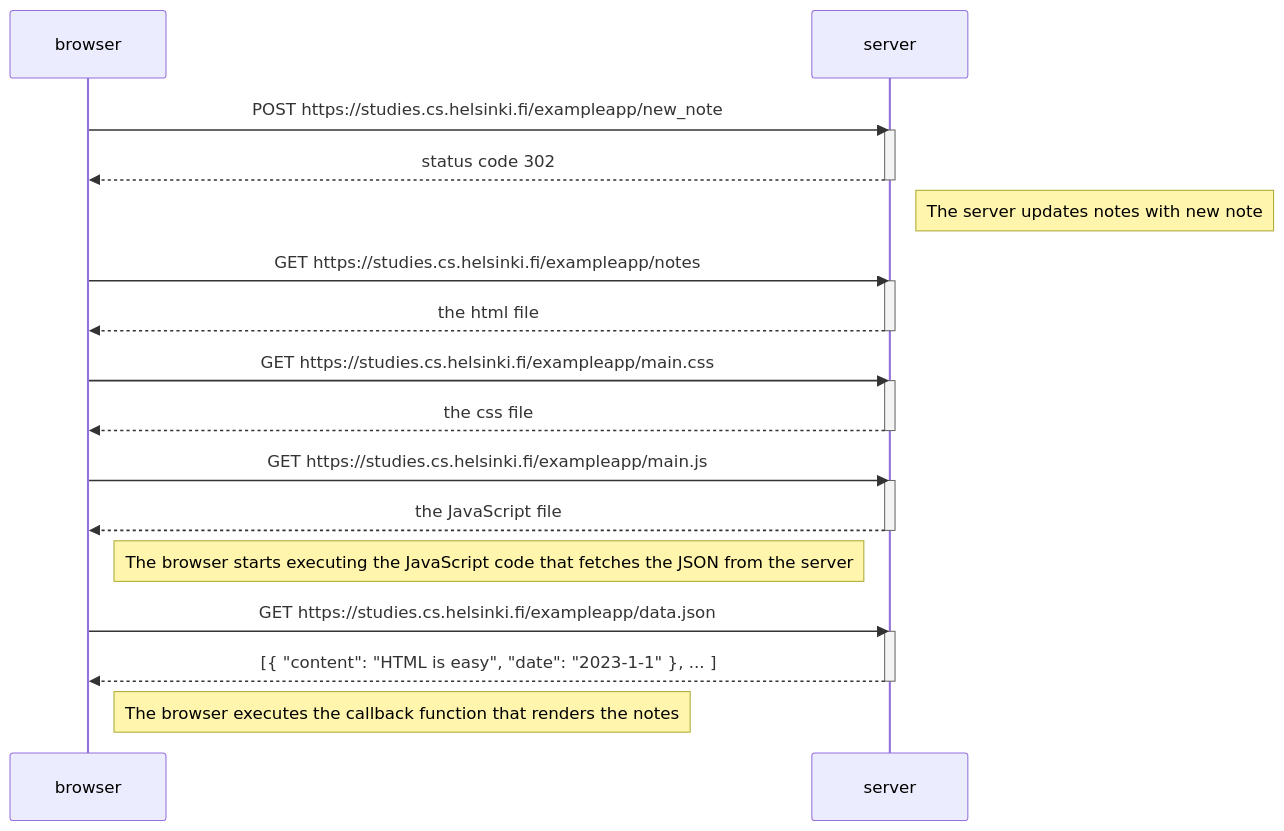
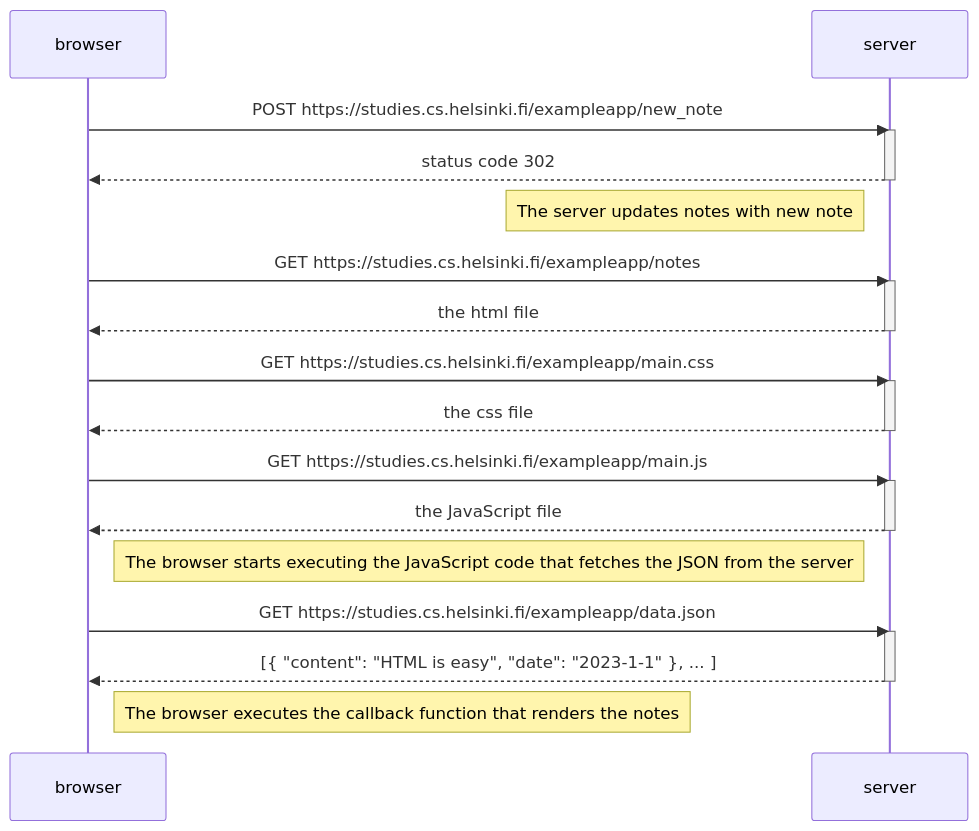
Before and after one commit to kuity/fsopen2025: the diagram in part0/0.4.md, drawn with Mermaid. The commit also changed 1 other file, not shown here.

````diff
--- a/part0/0.4.md
+++ b/part0/0.4.md
@@ -1,36 +1,36 @@
 ```mermaid
 sequenceDiagram
     participant browser
     participant server
 
     browser->>server: POST https://studies.cs.helsinki.fi/exampleapp/new_note
     activate server
     server-->>browser: status code 302
     deactivate server
 
-    Note right of server: The server updates notes with new note
+    Note left of server: The server updates notes with new note
 
     browser->>server: GET https://studies.cs.helsinki.fi/exampleapp/notes
     activate server
     server-->>browser: the html file
     deactivate server
 
     browser->>server: GET https://studies.cs.helsinki.fi/exampleapp/main.css
     activate server
     server-->>browser: the css file
     deactivate server
 
     browser->>server: GET https://studies.cs.helsinki.fi/exampleapp/main.js
     activate server
     server-->>browser: the JavaScript file
     deactivate server
 
     Note right of browser: The browser starts executing the JavaScript code that fetches the JSON from the server
 
     browser->>server: GET https://studies.cs.helsinki.fi/exampleapp/data.json
     activate server
     server-->>browser: [{ "content": "HTML is easy", "date": "2023-1-1" }, ... ]
     deactivate server
 
     Note right of browser: The browser executes the callback function that renders the notes
 ```
````
